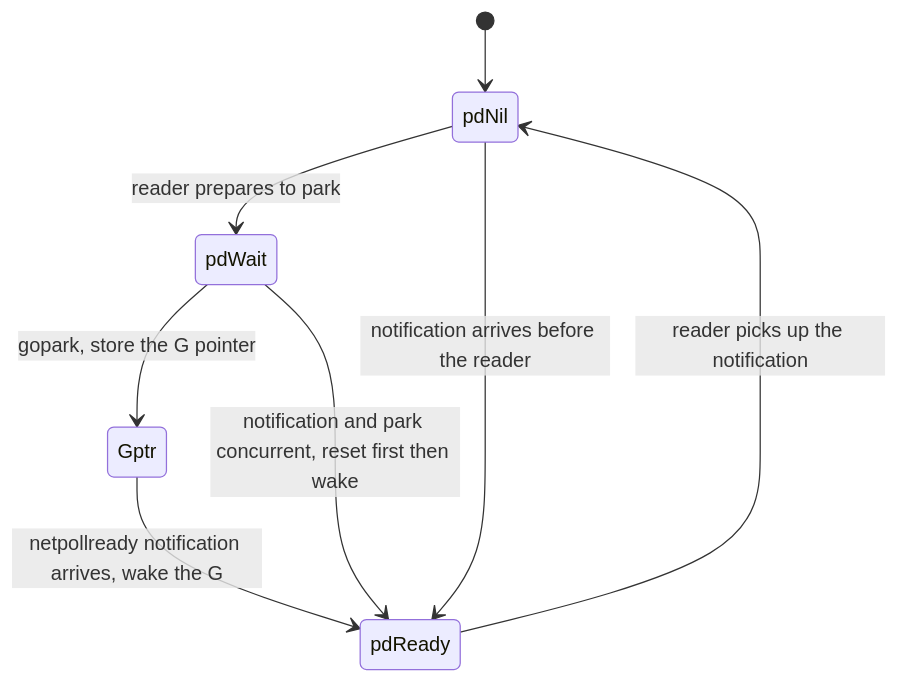
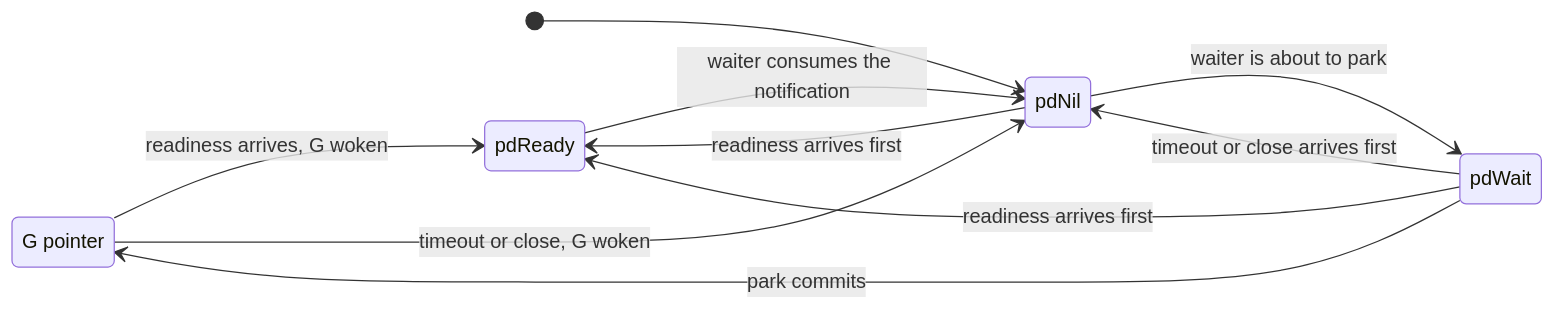
One commit to golang-design/under-the-hood changed the second of 2 diagrams in book/en-us/part3concurrency/ch09sched/poller.md. Above: the diagram before and after it, drawn with Mermaid. The commit also changed other lines of this file and 30 other files, not shown here.

````diff
--- a/book/en-us/part3concurrency/ch09sched/poller.md
+++ b/book/en-us/part3concurrency/ch09sched/poller.md
@@ -215,10 +248,14 @@
 ```mermaid
 stateDiagram-v2
+    direction LR
+    state "G pointer" as Gp
     [*] --> pdNil
-    pdNil --> pdWait: reader prepares to park
-    pdWait --> Gptr: gopark, store the G pointer
-    Gptr --> pdReady: netpollready notification arrives, wake the G
-    pdWait --> pdReady: notification and park concurrent, reset first then wake
-    pdNil --> pdReady: notification arrives before the reader
-    pdReady --> pdNil: reader picks up the notification
+    pdNil --> pdReady: readiness arrives first
+    pdReady --> pdNil: waiter consumes the notification
+    pdNil --> pdWait: waiter is about to park
+    pdWait --> Gp: park commits
+    pdWait --> pdReady: readiness arrives first
+    pdWait --> pdNil: timeout or close arrives first
+    Gp --> pdReady: readiness arrives, G woken
+    Gp --> pdNil: timeout or close, G woken
 ```
````
